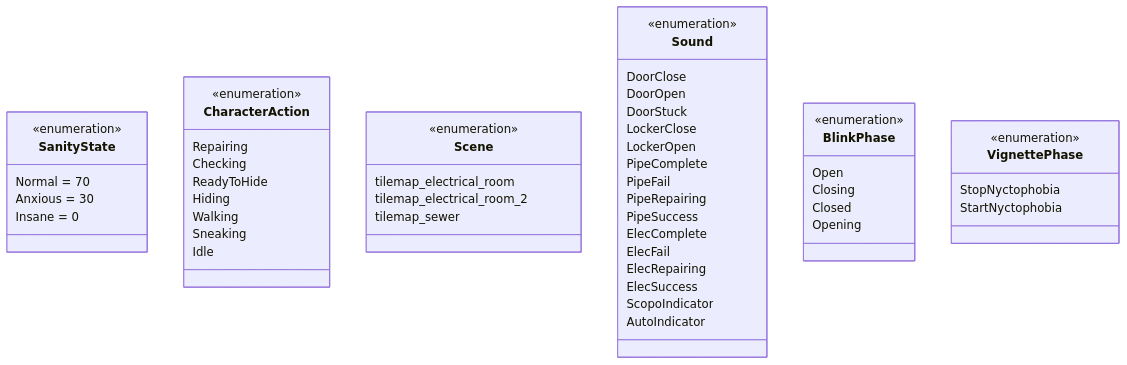
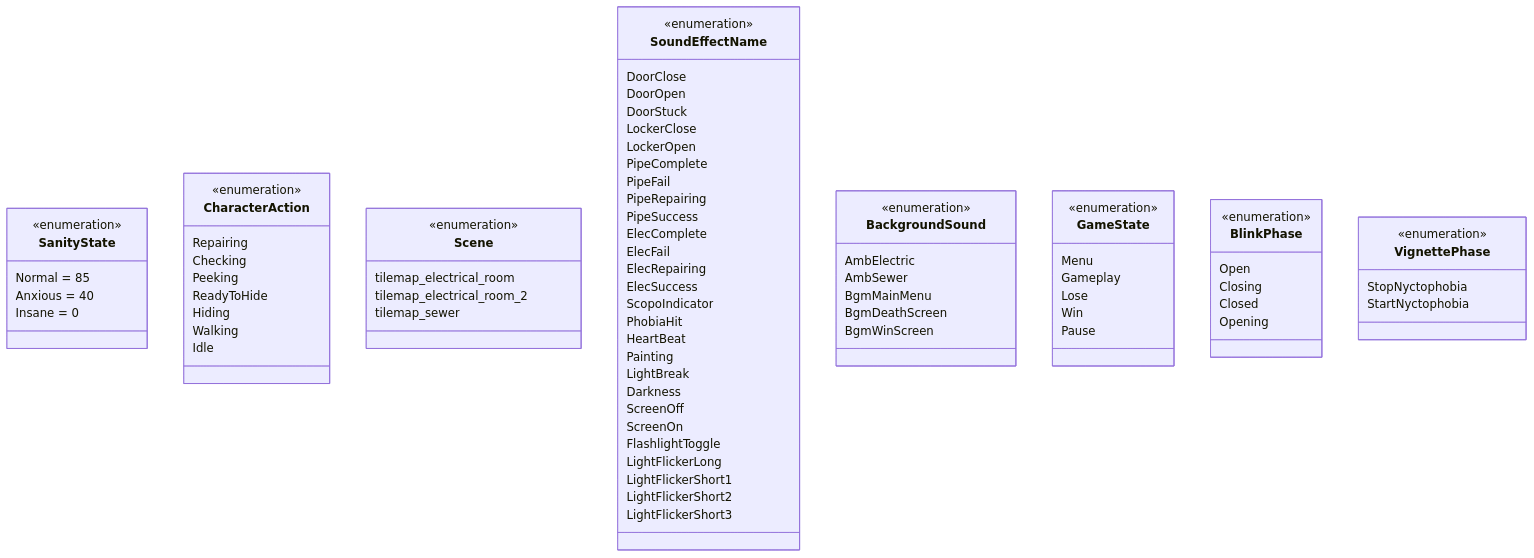
The sixth of 6 diagrams in docs/03_Software/02-class-diagram.md (Sambopukkazz/DG225_CoreX), drawn with Mermaid before and after one commit. The commit also changed other lines of this file and 14 other files, not shown here.

````diff
--- a/docs/03_Software/02-class-diagram.md
+++ b/docs/03_Software/02-class-diagram.md
@@ -461,55 +597,82 @@
 ```mermaid
 classDiagram
     class SanityState {
         <<enumeration>>
-        Normal = 70
-        Anxious = 30
+        Normal = 85
+        Anxious = 40
         Insane = 0
     }
     class CharacterAction {
         <<enumeration>>
         Repairing
         Checking
+        Peeking
         ReadyToHide
         Hiding
         Walking
-        Sneaking
         Idle
     }
     class Scene {
         <<enumeration>>
         tilemap_electrical_room
         tilemap_electrical_room_2
         tilemap_sewer
     }
-    class Sound {
+    class SoundEffectName {
         <<enumeration>>
         DoorClose
         DoorOpen
         DoorStuck
         LockerClose
         LockerOpen
         PipeComplete
         PipeFail
         PipeRepairing
         PipeSuccess
         ElecComplete
         ElecFail
         ElecRepairing
         ElecSuccess
         ScopoIndicator
-        AutoIndicator
+        PhobiaHit
+        HeartBeat
+        Painting
+        LightBreak
+        Darkness
+        ScreenOff
+        ScreenOn
+        FlashlightToggle
+        LightFlickerLong
+        LightFlickerShort1
+        LightFlickerShort2
+        LightFlickerShort3
+    }
+    class BackgroundSound {
+        <<enumeration>>
+        AmbElectric
+        AmbSewer
+        BgmMainMenu
+        BgmDeathScreen
+        BgmWinScreen
+    }
+    class GameState {
+        <<enumeration>>
+        Menu
+        Gameplay
+        Lose
+        Win
+        Pause
     }
     class BlinkPhase {
         <<enumeration>>
         Open
         Closing
         Closed
         Opening
     }
     class VignettePhase {
         <<enumeration>>
         StopNyctophobia
         StartNyctophobia
     }
 ```
````
